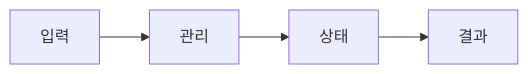
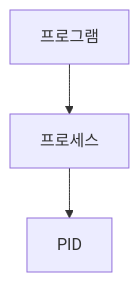
One commit to umyunsang/edu changed the diagram in ComputerScience/04_systems-infrastructure/linux/notes/09. 프로세스 요약.md. Above: the diagram before and after it, drawn with Mermaid. The commit also changed other lines of this file and 6 other files, not shown here.

````diff
--- a/ComputerScience/04_systems-infrastructure/linux/notes/09. 프로세스 요약.md
+++ b/ComputerScience/04_systems-infrastructure/linux/notes/09. 프로세스 요약.md
@@ -21,6 +19,5 @@
 ```mermaid
-flowchart LR
- A[입력] --> B[관리]
- B --> C[상태]
- C --> D[결과]
+flowchart TB
+    A[프로그램] --> B[프로세스]
+    B --> C[PID]
 ```
````
